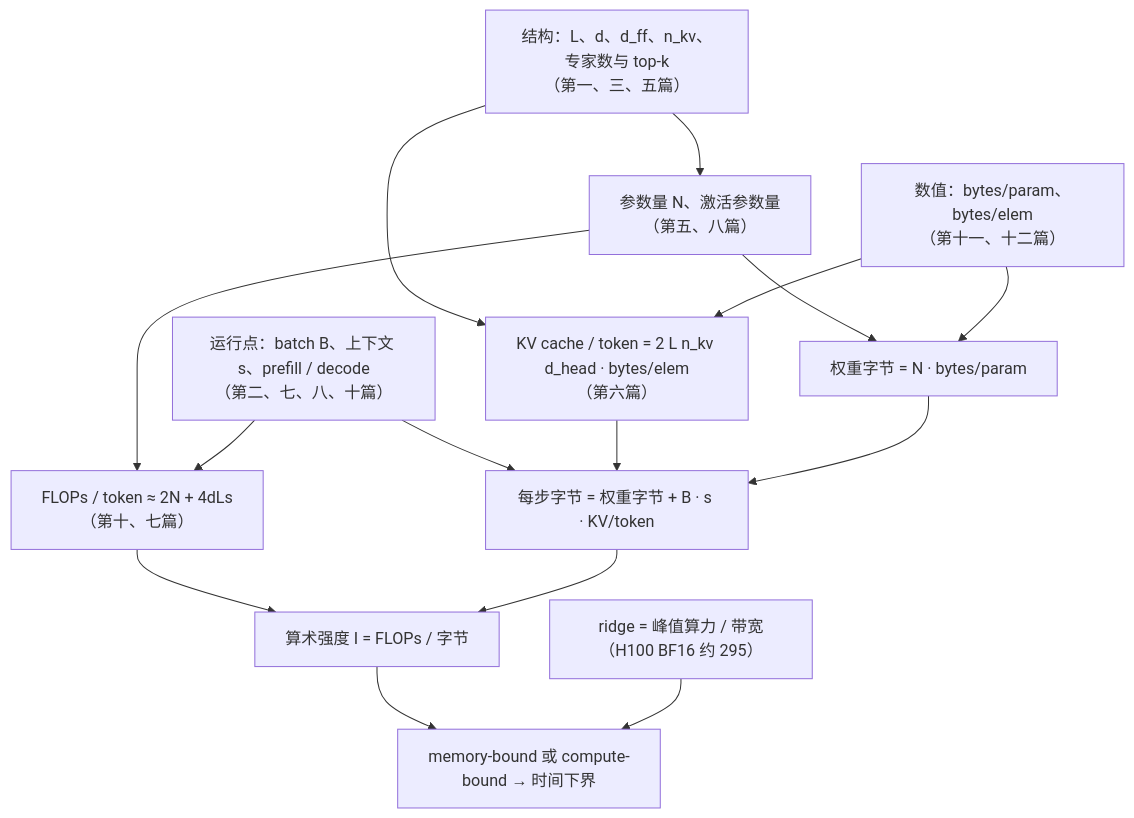
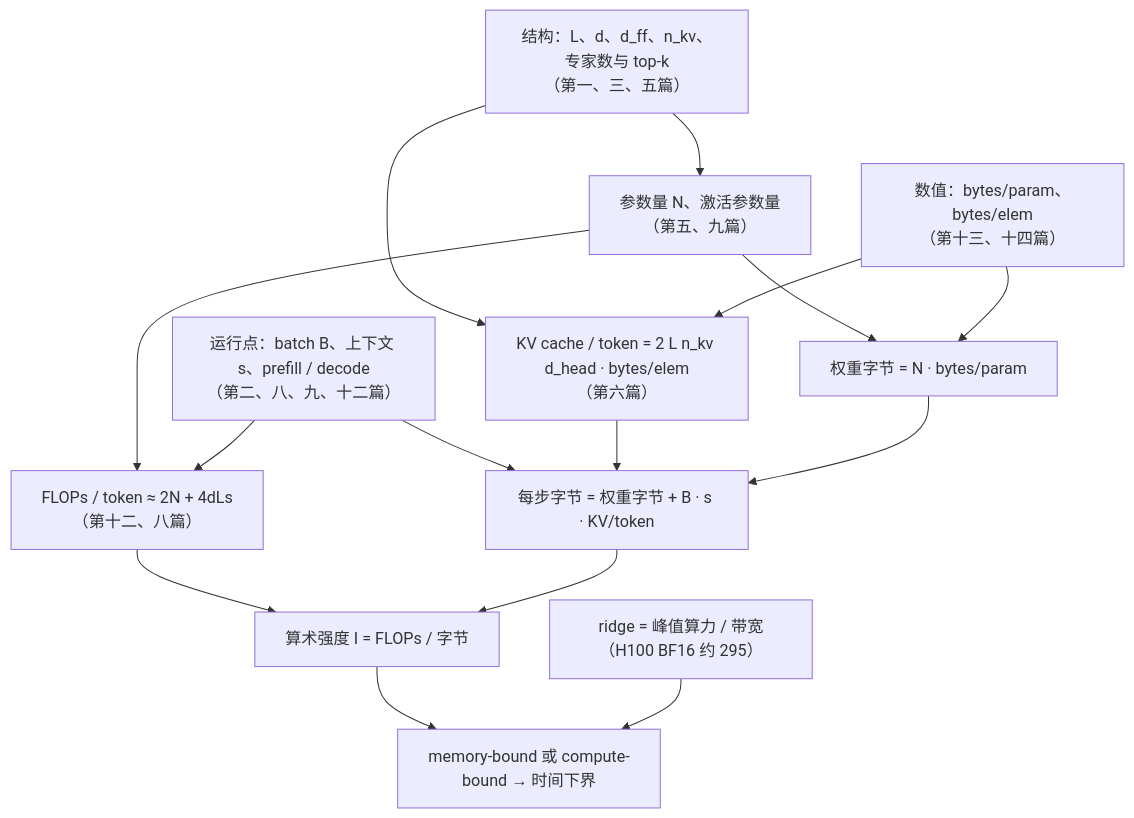
The second of 2 diagrams in _posts/2026-04-09-transformer-and-llm-series-recap-and-self-test.md (arganzheng/arganzheng.github.com), drawn with Mermaid before and after one commit. The commit also changed other lines of this file and 19 other files, not shown here.

````diff
--- a/_posts/2026-04-09-transformer-and-llm-series-recap-and-self-test.md
+++ b/_posts/2026-04-09-transformer-and-llm-series-recap-and-self-test.md
@@ -305,29 +309,29 @@
 ```mermaid
 %% 图：第三段共用的成本模型：结构与数值决定参数量、权重字节与 KV cache，运行点决定工作点，算术强度与 ridge 比较
 flowchart TB
     S["结构：L、d、d_ff、n_kv、专家数与 top-k<br/>（第一、三、五篇）"]
-    N["参数量 N、激活参数量<br/>（第五、八篇）"]
+    N["参数量 N、激活参数量<br/>（第五、九篇）"]
     K["KV cache / token = 2 L n_kv d_head · bytes/elem<br/>（第六篇）"]
-    D["数值：bytes/param、bytes/elem<br/>（第十一、十二篇）"]
+    D["数值：bytes/param、bytes/elem<br/>（第十三、十四篇）"]
     W["权重字节 = N · bytes/param"]
-    F["FLOPs / token ≈ 2N + 4dLs<br/>（第十、七篇）"]
-    R["运行点：batch B、上下文 s、prefill / decode<br/>（第二、七、八、十篇）"]
+    F["FLOPs / token ≈ 2N + 4dLs<br/>（第十二、八篇）"]
+    R["运行点：batch B、上下文 s、prefill / decode<br/>（第二、八、九、十二篇）"]
     H["每步字节 = 权重字节 + B · s · KV/token"]
     I["算术强度 I = FLOPs / 字节"]
     G["ridge = 峰值算力 / 带宽（H100 BF16 约 295）"]
     T["memory-bound 或 compute-bound → 时间下界"]
     S --> N
     S --> K
     N --> W
     D --> W
     D --> K
     N --> F
     R --> F
     R --> H
     K --> H
     W --> H
     F --> I
     H --> I
     I --> T
     G --> T
 ```
````
